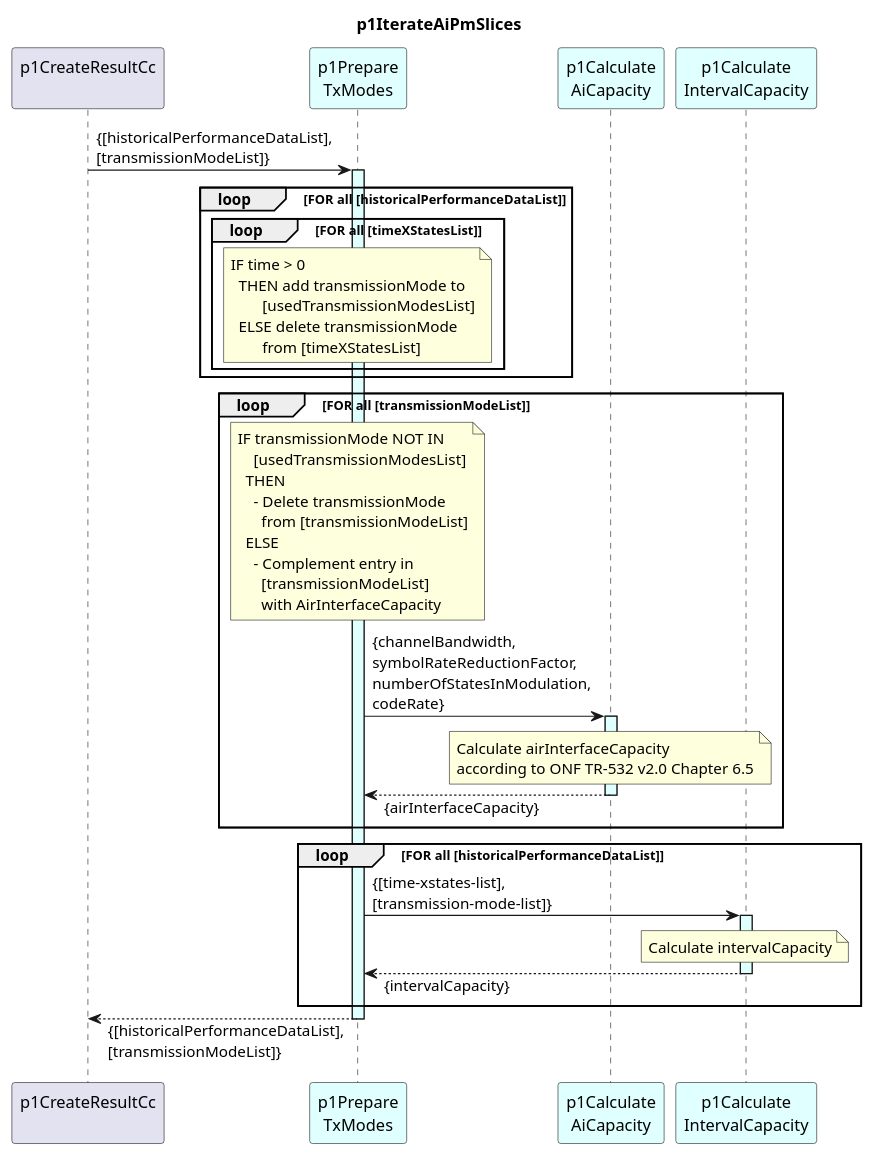
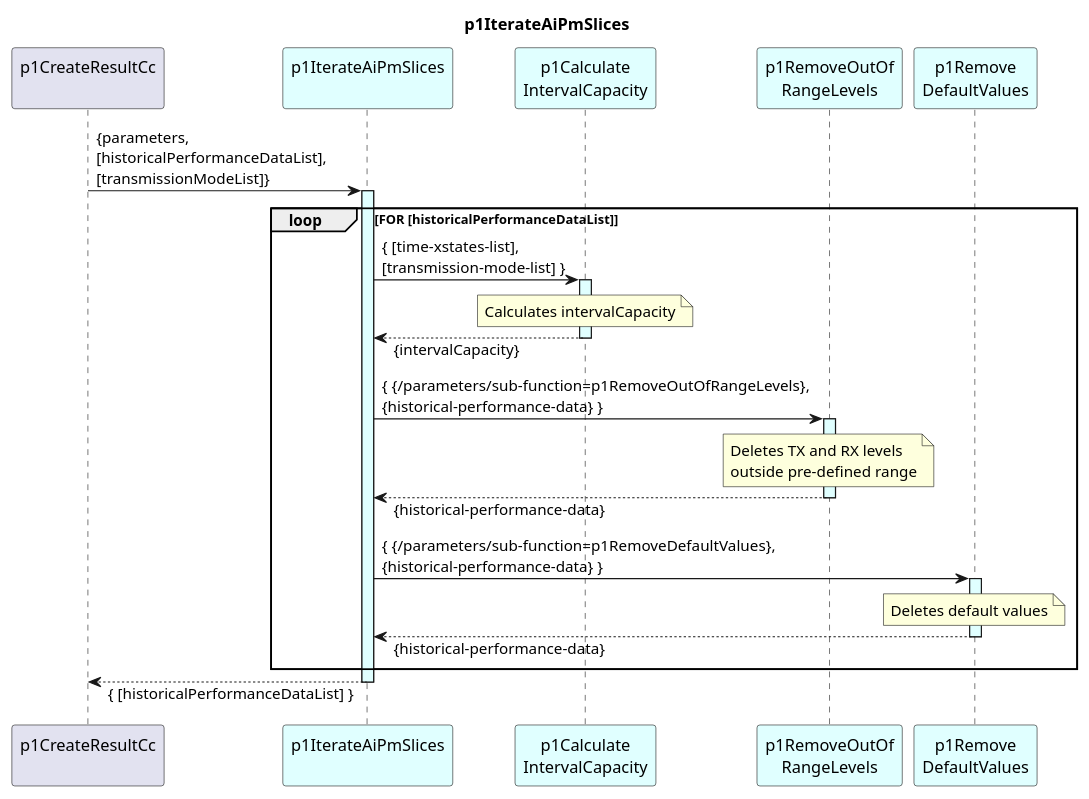
One commit to openBackhaul/DevicePerformanceManagementDataProcessor changed the diagram in spec/Functions/p1StreamPmData/p1ProcessDevice/p1CreateResultCc/p1IterateAiPmSlices/1.0.0/p1IterateAiPmSlices.plantuml. Above: the diagram before and after it, drawn with PlantUML. The commit also changed 10 other files, not shown here.

Commit message:
Specify p1IterateAiPmSlices

```diff
--- a/spec/Functions/p1StreamPmData/p1ProcessDevice/p1CreateResultCc/p1IterateAiPmSlices/1.0.0/p1IterateAiPmSlices.plantuml
+++ b/spec/Functions/p1StreamPmData/p1ProcessDevice/p1CreateResultCc/p1IterateAiPmSlices/1.0.0/p1IterateAiPmSlices.plantuml
@@ -1,71 +1,53 @@
 @startuml p1IterateAiPmSlices
 skinparam responseMessageBelowArrow true
 
 title
   p1IterateAiPmSlices
 end title
 
 participant "p1CreateResultCc\n" as cur
 
-participant "p1Prepare\nTxModes" as prepTxModes #LightCyan
-participant "p1Calculate\nAiCapacity" as aiCC #LightCyan
+participant "p1IterateAiPmSlices\n" as iterateSlices #LightCyan
 participant "p1Calculate\nIntervalCapacity" as intCC #LightCyan
+participant "p1RemoveOutOf\nRangeLevels" as p1RORL #LightCyan
+participant "p1Remove\nDefaultValues" as p1RemDefault #LightCyan
 
 
-cur -> prepTxModes : {[historicalPerformanceDataList],\n[transmissionModeList]}
-activate prepTxModes #LightCyan
+cur -> iterateSlices : {parameters,\n[historicalPerformanceDataList],\n[transmissionModeList]}
+activate iterateSlices #LightCyan
 
-  loop FOR all [historicalPerformanceDataList]
-    loop FOR all [timeXStatesList]
-      note over prepTxModes
-        IF time > 0
-          THEN add transmissionMode to
-                [usedTransmissionModesList]
-          ELSE delete transmissionMode 
-                from [timeXStatesList]
+  loop FOR [historicalPerformanceDataList]
+
+    iterateSlices -> intCC : { [time-xstates-list],\n[transmission-mode-list] }
+    activate intCC #LightCyan
+      note over intCC
+        Calculates intervalCapacity
       end note
-    end loop
-  end loop
+    iterateSlices <-- intCC: {intervalCapacity}
+    deactivate intCC
 
-  loop FOR all [transmissionModeList]
+    iterateSlices -> p1RORL : { {/parameters/sub-function=p1RemoveOutOfRangeLevels},\n{historical-performance-data} }
+    activate p1RORL #LightCyan
+      note over p1RORL
+        Deletes TX and RX levels
+        outside pre-defined range
+      end note
+    iterateSlices <-- p1RORL: {historical-performance-data}
+    deactivate p1RORL
 
-    note over prepTxModes
-      IF transmissionMode NOT IN 
-          [usedTransmissionModesList]
-        THEN 
-          - Delete transmissionMode
-            from [transmissionModeList]
-        ELSE
-          - Complement entry in
-            [transmissionModeList]
-            with AirInterfaceCapacity
-    end note
-
-    prepTxModes -> aiCC : {channelBandwidth,\nsymbolRateReductionFactor,\nnumberOfStatesInModulation,\ncodeRate}
-    activate aiCC #LightCyan
-      note over aiCC
-        Calculate airInterfaceCapacity
-        according to ONF TR-532 v2.0 Chapter 6.5
+    iterateSlices -> p1RemDefault : { {/parameters/sub-function=p1RemoveDefaultValues},\n{historical-performance-data} }
+    activate p1RemDefault #LightCyan
+      note over p1RemDefault
+        Deletes default values
       end note
-    prepTxModes <-- aiCC: {airInterfaceCapacity}
-    deactivate aiCC
+    iterateSlices <-- p1RemDefault: {historical-performance-data}
+    deactivate p1RemDefault
 
   end loop
 
-  loop FOR all [historicalPerformanceDataList]
-    prepTxModes -> intCC : {[time-xstates-list],\n[transmission-mode-list]}
-    activate intCC #LightCyan
-      note over intCC
-        Calculate intervalCapacity
-      end note
-    prepTxModes <-- intCC: {intervalCapacity}
-    deactivate intCC
-
-  end loop
-
-cur <-- prepTxModes : {[historicalPerformanceDataList],\n[transmissionModeList]}
-deactivate prepTxModes
+cur <-- iterateSlices : { [historicalPerformanceDataList] }
+deactivate iterateSlices
 
 deactivate cur
 
 @enduml
```
